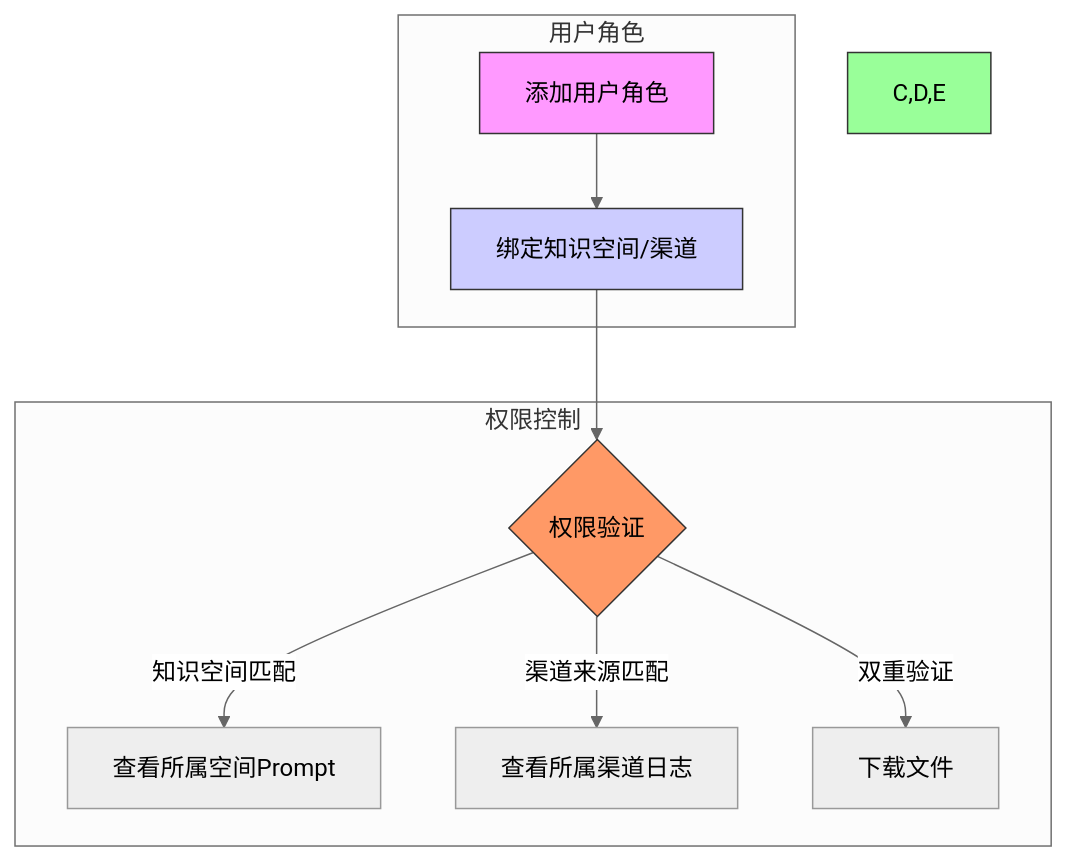
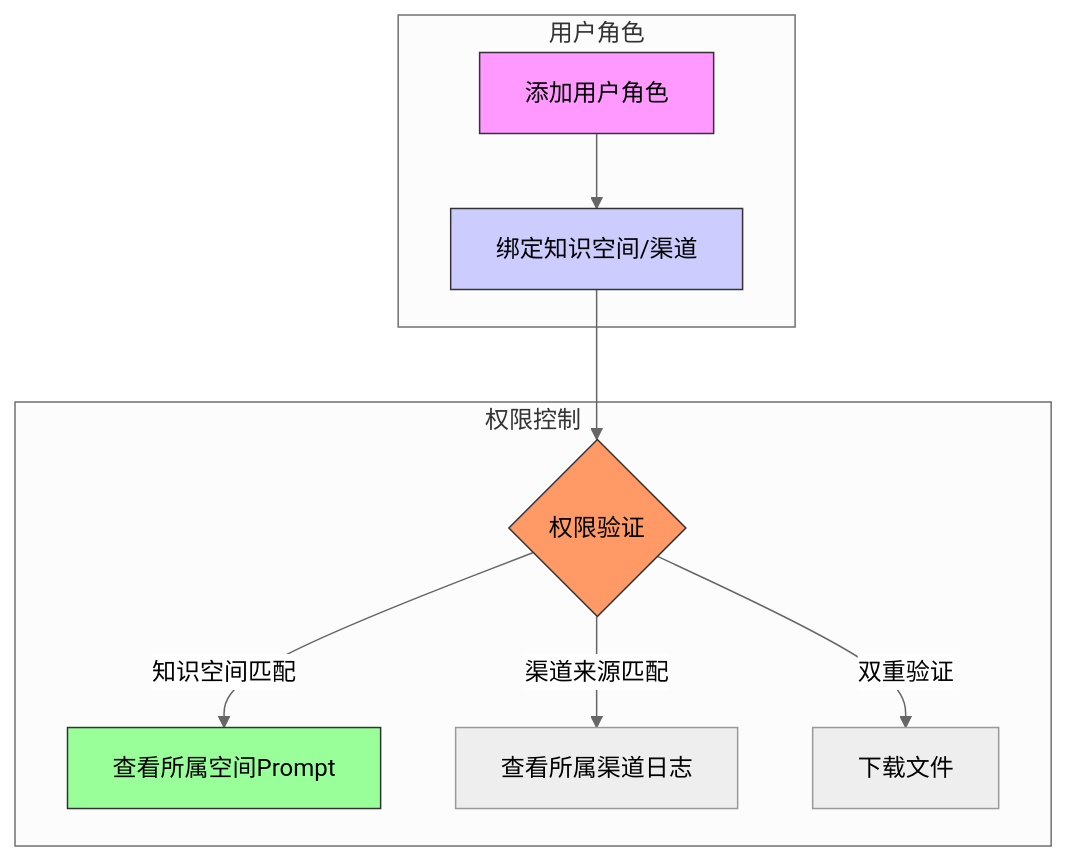
The diagram in all/未命名-2.md (funnyData/iodraw-files), drawn with Mermaid (neutral theme) before and after one commit.

Commit message:
2025-03-11 19:21:38 update

````diff
--- a/all/未命名-2.md
+++ b/all/未命名-2.md
@@ -1,18 +1,18 @@
 ```mermaid
 flowchart TD
     subgraph 用户角色
         A[添加用户角色] --> B[绑定知识空间/渠道]
     end
 
     subgraph 权限控制
         B --> F{权限验证}
         F -->|知识空间匹配| C[查看所属空间Prompt]
         F -->|渠道来源匹配| D[查看所属渠道日志]
         F -->|双重验证| E[下载文件]
     end
 
     style A fill:#f9f,stroke:#333
     style B fill:#ccf,stroke:#333
     style F fill:#f96,stroke:#333
-    style C,D,E fill:#9f9,stroke:#333
+    style C fill:#9f9,stroke:#333
 ```
````
